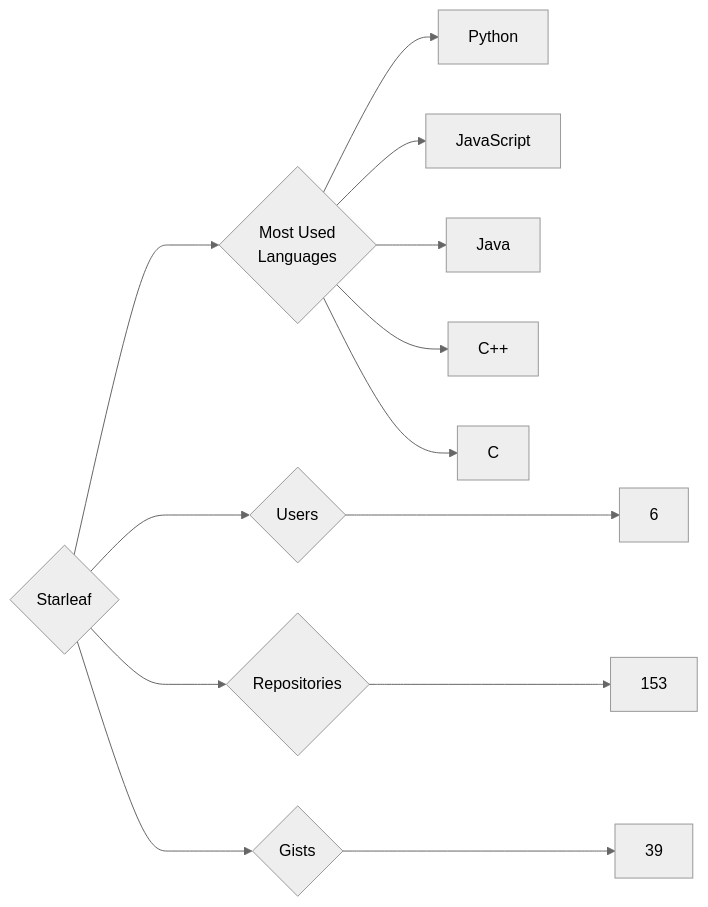
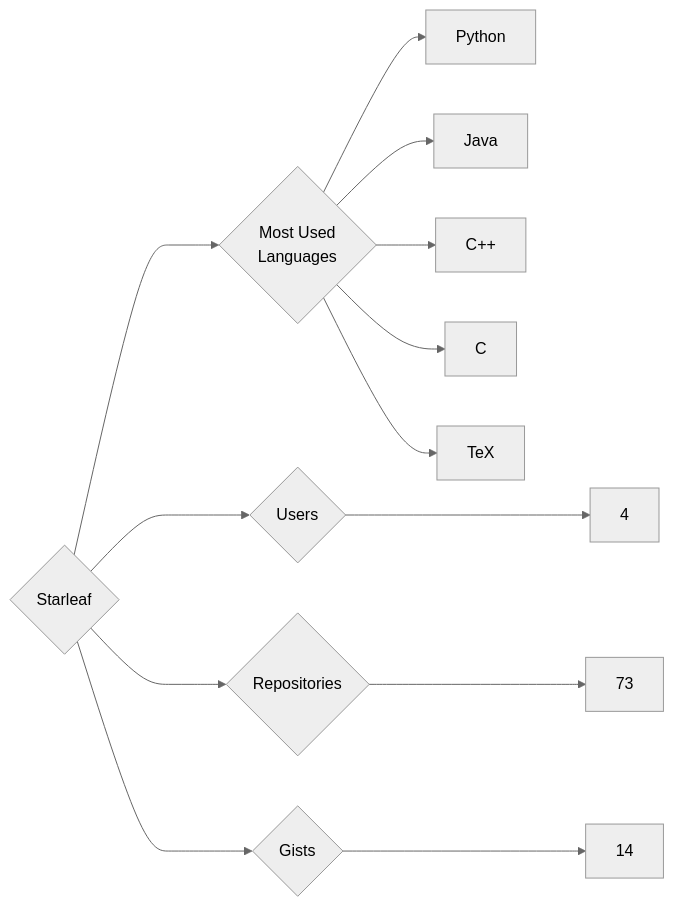
Before and after one commit to trickest/insiders: the diagram in targets/Starleaf/README.md, drawn with Mermaid (neutral theme). The commit also changed 1508 other files, not shown here.

````diff
--- a/targets/Starleaf/README.md
+++ b/targets/Starleaf/README.md
@@ -3,13 +3,13 @@
 ```mermaid
 graph LR
 COMPANY_NAME{Starleaf}
-COMPANY_NAME ---> U{Users} ---> UN[6]
-COMPANY_NAME ---> R{Repositories} ---> RN[153]
-COMPANY_NAME ---> G{Gists} ---> GN[39]
+COMPANY_NAME ---> U{Users} ---> UN[4]
+COMPANY_NAME ---> R{Repositories} ---> RN[73]
+COMPANY_NAME ---> G{Gists} ---> GN[14]
 COMPANY_NAME ---> ML{Most Used<br>Languages}
 ML --> Python[Python]
-ML --> JavaScript[JavaScript]
 ML --> Java[Java]
 ML --> C++[C++]
 ML --> C[C]
+ML --> TeX[TeX]
 ```
````
